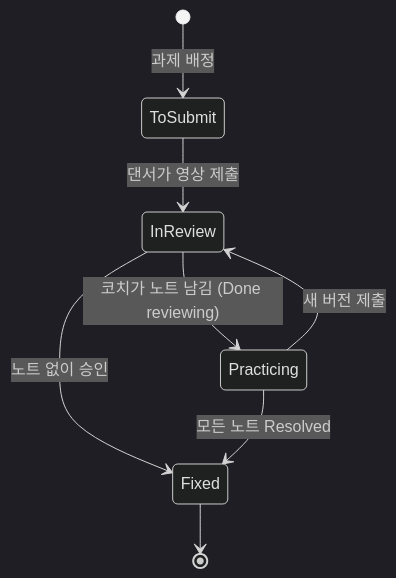
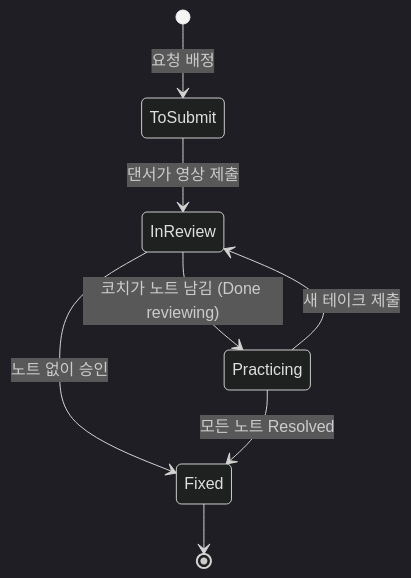
Before and after one commit to hope13710/dancerly: the fifth of 10 diagrams in docs/04-user-flows.md, drawn with Mermaid (dark theme). The commit also changed other lines of this file and 11 other files, not shown here.

````diff
--- a/docs/04-user-flows.md
+++ b/docs/04-user-flows.md
@@ -123,10 +123,10 @@
 ```mermaid
 stateDiagram-v2
-  [*] --> ToSubmit: 과제 배정
+  [*] --> ToSubmit: 요청 배정
   ToSubmit --> InReview: 댄서가 영상 제출
   InReview --> Practicing: 코치가 노트 남김 (Done reviewing)
   InReview --> Fixed: 노트 없이 승인
-  Practicing --> InReview: 새 버전 제출
+  Practicing --> InReview: 새 테이크 제출
   Practicing --> Fixed: 모든 노트 Resolved
   Fixed --> [*]
 ```
````
